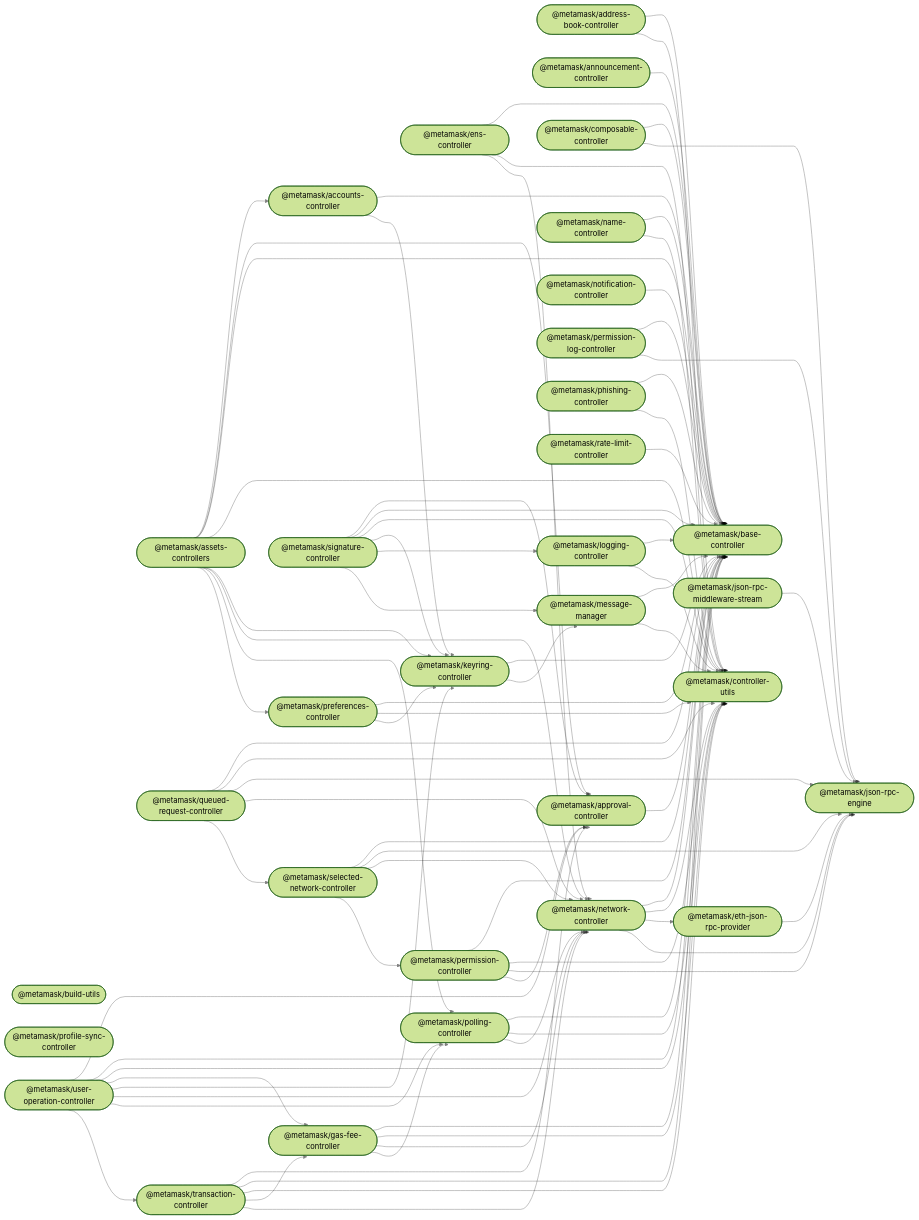
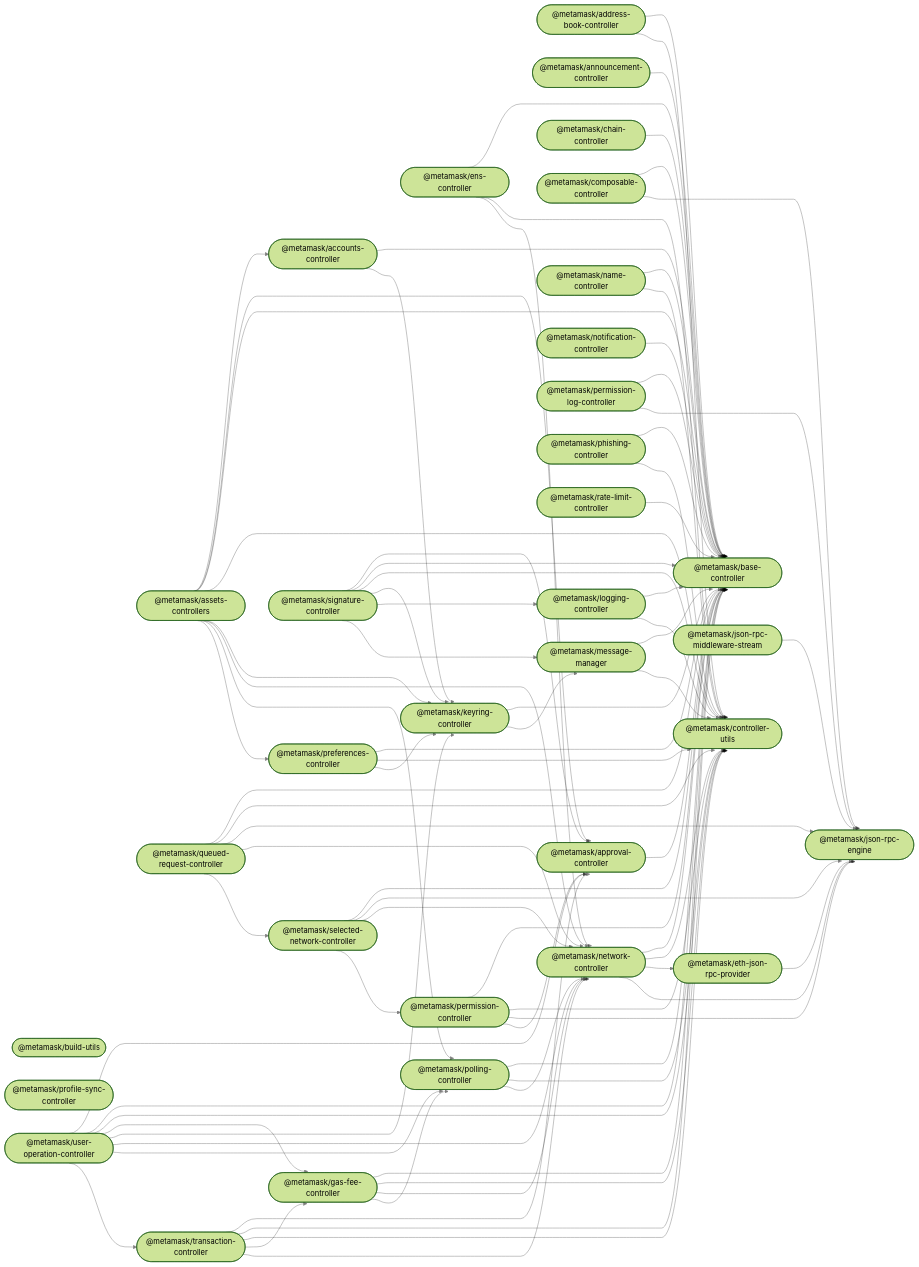
One commit to MetaMask/core changed the diagram in README.md. Above: the diagram before and after it, drawn with Mermaid (forest theme). The commit also changed other lines of this file, not shown here.

Commit message:
chore: add chain-controller to README

```diff
--- a/README.md
+++ b/README.md
@@ -58,6 +59,7 @@
   assets_controllers(["@metamask/assets-controllers"]);
   base_controller(["@metamask/base-controller"]);
   build_utils(["@metamask/build-utils"]);
+  chain_controller(["@metamask/chain-controller"]);
   composable_controller(["@metamask/composable-controller"]);
   controller_utils(["@metamask/controller-utils"]);
   ens_controller(["@metamask/ens-controller"]);
@@ -97,6 +99,7 @@
   assets_controllers --> network_controller;
   assets_controllers --> polling_controller;
   assets_controllers --> preferences_controller;
+  chain_controller --> base_controller;
   composable_controller --> base_controller;
   composable_controller --> json_rpc_engine;
   ens_controller --> base_controller;
```
